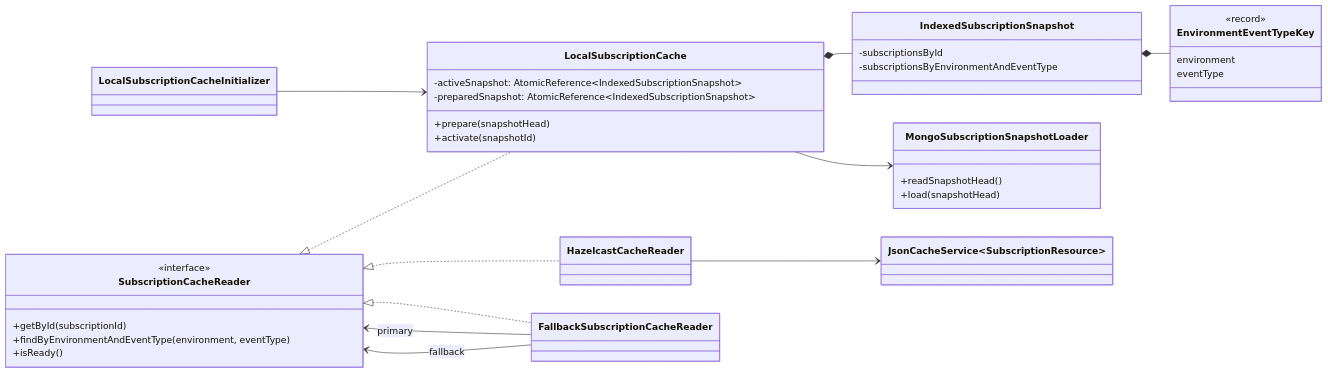
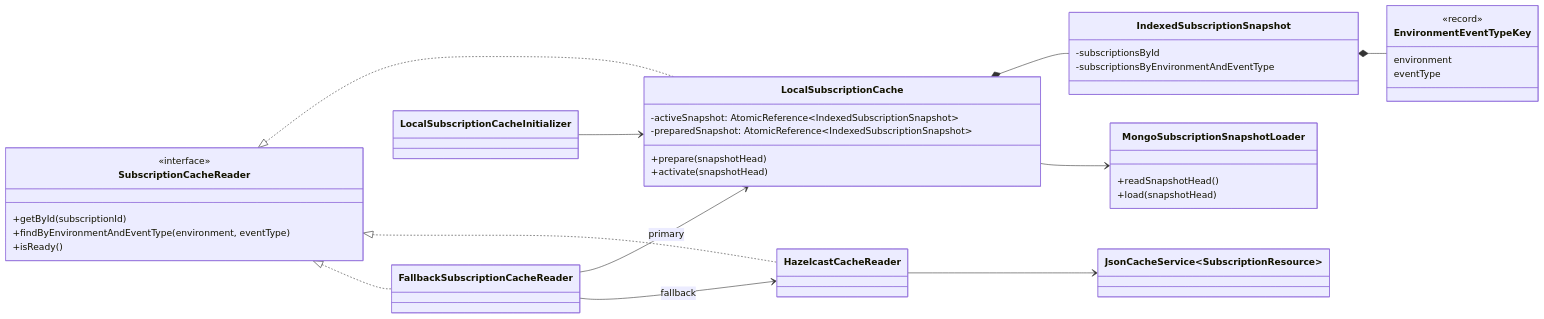
One commit to telekom/pubsub-horizon-spring-parent changed the first of 2 diagrams in docs/local-subscription-cache.md. Above: the diagram before and after it, drawn with Mermaid. The commit also changed other lines of this file and 4 other files, not shown here.

First line of the commit message:
Align local subscription cache activation with snapshot head

````diff
--- a/docs/local-subscription-cache.md
+++ b/docs/local-subscription-cache.md
@@ -24,45 +24,45 @@
 ```mermaid
 classDiagram
     direction LR
 
     class SubscriptionCacheReader {
         <<interface>>
         +getById(subscriptionId)
         +findByEnvironmentAndEventType(environment, eventType)
         +isReady()
     }
     class LocalSubscriptionCache {
         -activeSnapshot: AtomicReference~IndexedSubscriptionSnapshot~
         -preparedSnapshot: AtomicReference~IndexedSubscriptionSnapshot~
         +prepare(snapshotHead)
-        +activate(snapshotId)
+        +activate(snapshotHead)
     }
     class HazelcastCacheReader
     class FallbackSubscriptionCacheReader
     class IndexedSubscriptionSnapshot {
         -subscriptionsById
         -subscriptionsByEnvironmentAndEventType
     }
     class EnvironmentEventTypeKey {
         <<record>>
         environment
         eventType
     }
     class MongoSubscriptionSnapshotLoader {
         +readSnapshotHead()
         +load(snapshotHead)
     }
     class JsonCacheService~SubscriptionResource~
     class LocalSubscriptionCacheInitializer
 
     SubscriptionCacheReader <|.. LocalSubscriptionCache
     SubscriptionCacheReader <|.. HazelcastCacheReader
     SubscriptionCacheReader <|.. FallbackSubscriptionCacheReader
     LocalSubscriptionCache *-- IndexedSubscriptionSnapshot
     IndexedSubscriptionSnapshot *-- EnvironmentEventTypeKey
     LocalSubscriptionCache --> MongoSubscriptionSnapshotLoader
     HazelcastCacheReader --> JsonCacheService~SubscriptionResource~
-    FallbackSubscriptionCacheReader --> SubscriptionCacheReader : primary
-    FallbackSubscriptionCacheReader --> SubscriptionCacheReader : fallback
+    FallbackSubscriptionCacheReader --> LocalSubscriptionCache : primary
+    FallbackSubscriptionCacheReader --> HazelcastCacheReader : fallback
     LocalSubscriptionCacheInitializer --> LocalSubscriptionCache
 ```
````
